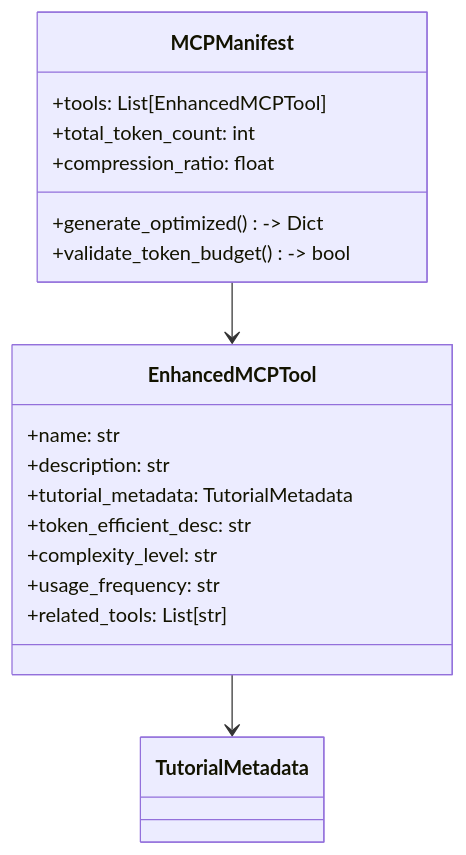
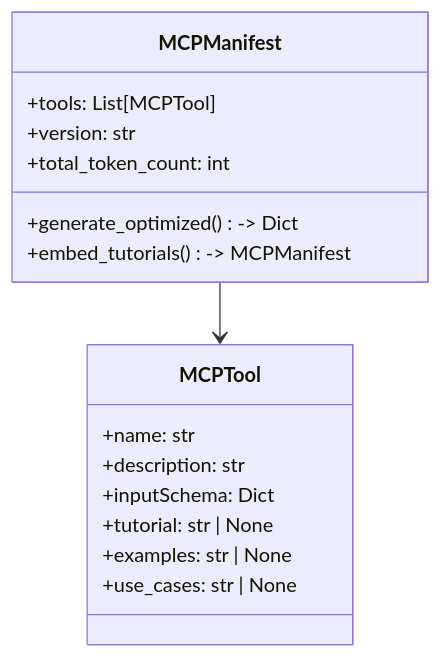
One commit to RimoVR/docsrs-mcp changed diagram 41 of 45 in Architecture.md. Above: the diagram before and after it, drawn with Mermaid. The commit also changed other lines of this file and 10 other files, not shown here.

First line of the commit message:
feat: add tutorial fields to MCP tools for enhanced AI agent guidance

````diff
--- a/Architecture.md
+++ b/Architecture.md
@@ -3323,23 +3344,21 @@
 ```mermaid
 classDiagram
-    class EnhancedMCPTool {
+    class MCPTool {
         +name: str
         +description: str
-        +tutorial_metadata: TutorialMetadata
-        +token_efficient_desc: str
-        +complexity_level: str
-        +usage_frequency: str
-        +related_tools: List[str]
+        +inputSchema: Dict
+        +tutorial: str | None
+        +examples: str | None
+        +use_cases: str | None
     }
     
     class MCPManifest {
-        +tools: List[EnhancedMCPTool]
+        +tools: List[MCPTool]
+        +version: str
         +total_token_count: int
-        +compression_ratio: float
         +generate_optimized() -> Dict
-        +validate_token_budget() -> bool
+        +embed_tutorials() -> MCPManifest
     }
     
-    MCPManifest --> EnhancedMCPTool
-    EnhancedMCPTool --> TutorialMetadata
+    MCPManifest --> MCPTool
 ```
````
